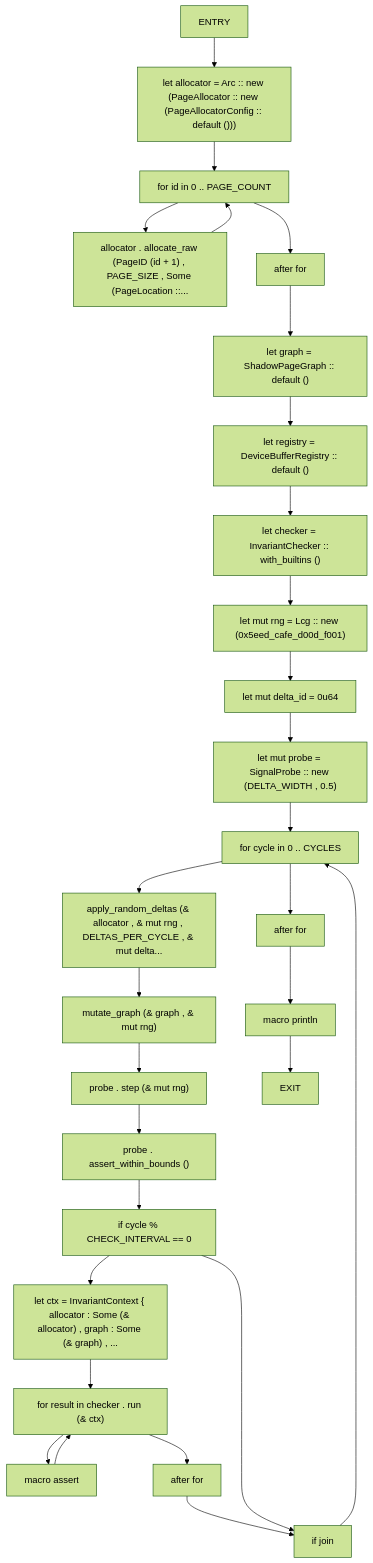
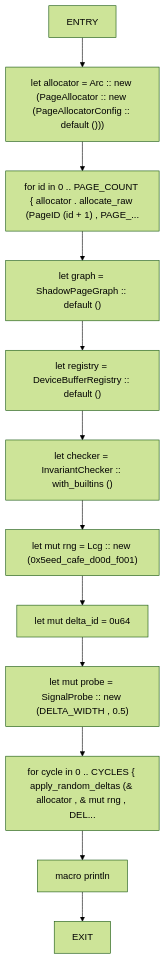
One commit to cicero-violate/MMSB changed diagram 34 of 52 in docs/analysis/cfg/100-tests.md. Above: the diagram before and after it, drawn with Mermaid (forest theme). The commit also changed other lines of this file and 865 other files, not shown here.

````diff
--- a/docs/analysis/cfg/100-tests.md
+++ b/docs/analysis/cfg/100-tests.md
@@ -1022,56 +849,26 @@
 ```mermaid
 flowchart TD
     ten_thousand_cycles_no_violations_0["ENTRY"]
     ten_thousand_cycles_no_violations_1["let allocator = Arc :: new (PageAllocator :: new (PageAllocatorConfig :: default ()))"]
-    ten_thousand_cycles_no_violations_2["for id in 0 .. PAGE_COUNT"]
-    ten_thousand_cycles_no_violations_3["allocator . allocate_raw (PageID (id + 1) , PAGE_SIZE , Some (PageLocation ::..."]
-    ten_thousand_cycles_no_violations_4["after for"]
-    ten_thousand_cycles_no_violations_5["let graph = ShadowPageGraph :: default ()"]
-    ten_thousand_cycles_no_violations_6["let registry = DeviceBufferRegistry :: default ()"]
-    ten_thousand_cycles_no_violations_7["let checker = InvariantChecker :: with_builtins ()"]
-    ten_thousand_cycles_no_violations_8["let mut rng = Lcg :: new (0x5eed_cafe_d00d_f001)"]
-    ten_thousand_cycles_no_violations_9["let mut delta_id = 0u64"]
-    ten_thousand_cycles_no_violations_10["let mut probe = SignalProbe :: new (DELTA_WIDTH , 0.5)"]
-    ten_thousand_cycles_no_violations_11["for cycle in 0 .. CYCLES"]
-    ten_thousand_cycles_no_violations_12["apply_random_deltas (& allocator , & mut rng , DELTAS_PER_CYCLE , & mut delta..."]
-    ten_thousand_cycles_no_violations_13["mutate_graph (& graph , & mut rng)"]
-    ten_thousand_cycles_no_violations_14["probe . step (& mut rng)"]
-    ten_thousand_cycles_no_violations_15["probe . assert_within_bounds ()"]
-    ten_thousand_cycles_no_violations_16["if cycle % CHECK_INTERVAL == 0"]
-    ten_thousand_cycles_no_violations_17["let ctx = InvariantContext { allocator : Some (& allocator) , graph : Some (& graph) , ..."]
-    ten_thousand_cycles_no_violations_18["for result in checker . run (& ctx)"]
-    ten_thousand_cycles_no_violations_19["macro assert"]
-    ten_thousand_cycles_no_violations_20["after for"]
-    ten_thousand_cycles_no_violations_21["if join"]
-    ten_thousand_cycles_no_violations_22["after for"]
-    ten_thousand_cycles_no_violations_23["macro println"]
-    ten_thousand_cycles_no_violations_24["EXIT"]
+    ten_thousand_cycles_no_violations_2["for id in 0 .. PAGE_COUNT { allocator . allocate_raw (PageID (id + 1) , PAGE_..."]
+    ten_thousand_cycles_no_violations_3["let graph = ShadowPageGraph :: default ()"]
+    ten_thousand_cycles_no_violations_4["let registry = DeviceBufferRegistry :: default ()"]
+    ten_thousand_cycles_no_violations_5["let checker = InvariantChecker :: with_builtins ()"]
+    ten_thousand_cycles_no_violations_6["let mut rng = Lcg :: new (0x5eed_cafe_d00d_f001)"]
+    ten_thousand_cycles_no_violations_7["let mut delta_id = 0u64"]
+    ten_thousand_cycles_no_violations_8["let mut probe = SignalProbe :: new (DELTA_WIDTH , 0.5)"]
+    ten_thousand_cycles_no_violations_9["for cycle in 0 .. CYCLES { apply_random_deltas (& allocator , & mut rng , DEL..."]
+    ten_thousand_cycles_no_violations_10["macro println"]
+    ten_thousand_cycles_no_violations_11["EXIT"]
     ten_thousand_cycles_no_violations_0 --> ten_thousand_cycles_no_violations_1
     ten_thousand_cycles_no_violations_1 --> ten_thousand_cycles_no_violations_2
     ten_thousand_cycles_no_violations_2 --> ten_thousand_cycles_no_violations_3
-    ten_thousand_cycles_no_violations_3 --> ten_thousand_cycles_no_violations_2
-    ten_thousand_cycles_no_violations_2 --> ten_thousand_cycles_no_violations_4
+    ten_thousand_cycles_no_violations_3 --> ten_thousand_cycles_no_violations_4
     ten_thousand_cycles_no_violations_4 --> ten_thousand_cycles_no_violations_5
     ten_thousand_cycles_no_violations_5 --> ten_thousand_cycles_no_violations_6
     ten_thousand_cycles_no_violations_6 --> ten_thousand_cycles_no_violations_7
     ten_thousand_cycles_no_violations_7 --> ten_thousand_cycles_no_violations_8
     ten_thousand_cycles_no_violations_8 --> ten_thousand_cycles_no_violations_9
     ten_thousand_cycles_no_violations_9 --> ten_thousand_cycles_no_violations_10
     ten_thousand_cycles_no_violations_10 --> ten_thousand_cycles_no_violations_11
-    ten_thousand_cycles_no_violations_11 --> ten_thousand_cycles_no_violations_12
-    ten_thousand_cycles_no_violations_12 --> ten_thousand_cycles_no_violations_13
-    ten_thousand_cycles_no_violations_13 --> ten_thousand_cycles_no_violations_14
-    ten_thousand_cycles_no_violations_14 --> ten_thousand_cycles_no_violations_15
-    ten_thousand_cycles_no_violations_15 --> ten_thousand_cycles_no_violations_16
-    ten_thousand_cycles_no_violations_16 --> ten_thousand_cycles_no_violations_17
-    ten_thousand_cycles_no_violations_17 --> ten_thousand_cycles_no_violations_18
-    ten_thousand_cycles_no_violations_18 --> ten_thousand_cycles_no_violations_19
-    ten_thousand_cycles_no_violations_19 --> ten_thousand_cycles_no_violations_18
-    ten_thousand_cycles_no_violations_18 --> ten_thousand_cycles_no_violations_20
-    ten_thousand_cycles_no_violations_20 --> ten_thousand_cycles_no_violations_21
-    ten_thousand_cycles_no_violations_16 --> ten_thousand_cycles_no_violations_21
-    ten_thousand_cycles_no_violations_21 --> ten_thousand_cycles_no_violations_11
-    ten_thousand_cycles_no_violations_11 --> ten_thousand_cycles_no_violations_22
-    ten_thousand_cycles_no_violations_22 --> ten_thousand_cycles_no_violations_23
-    ten_thousand_cycles_no_violations_23 --> ten_thousand_cycles_no_violations_24
 ```
````
